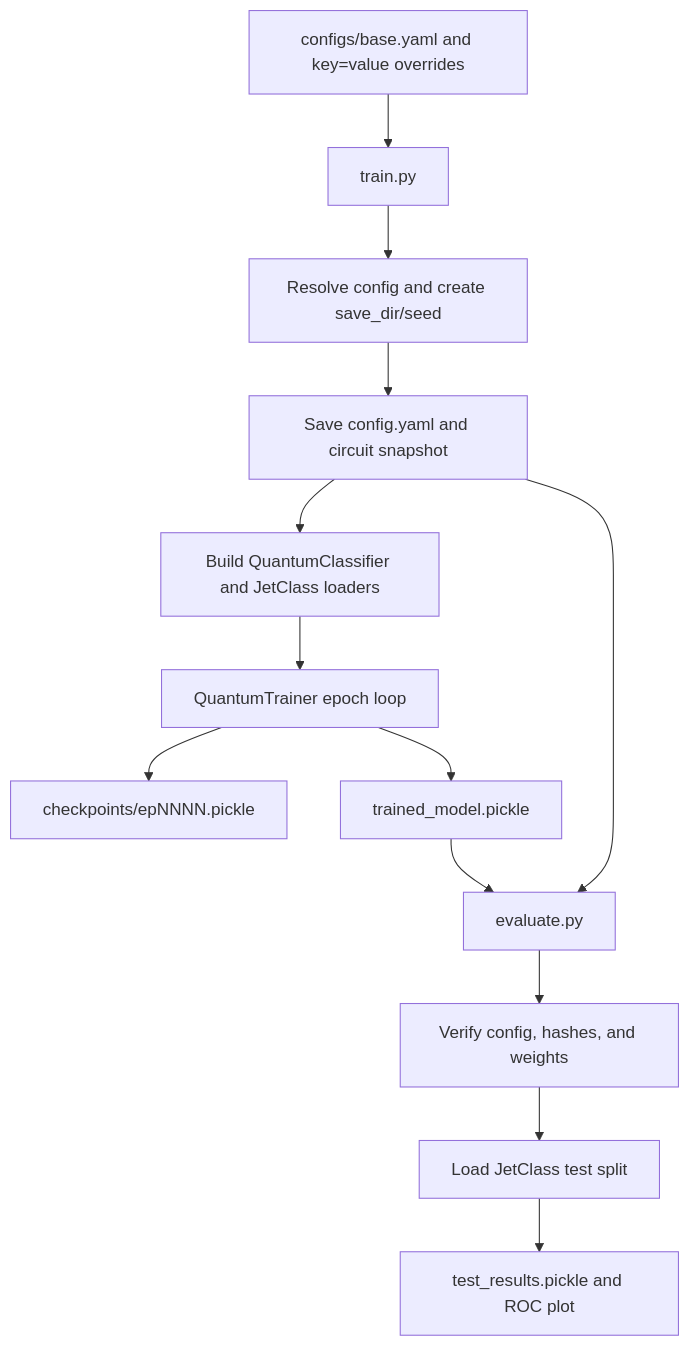
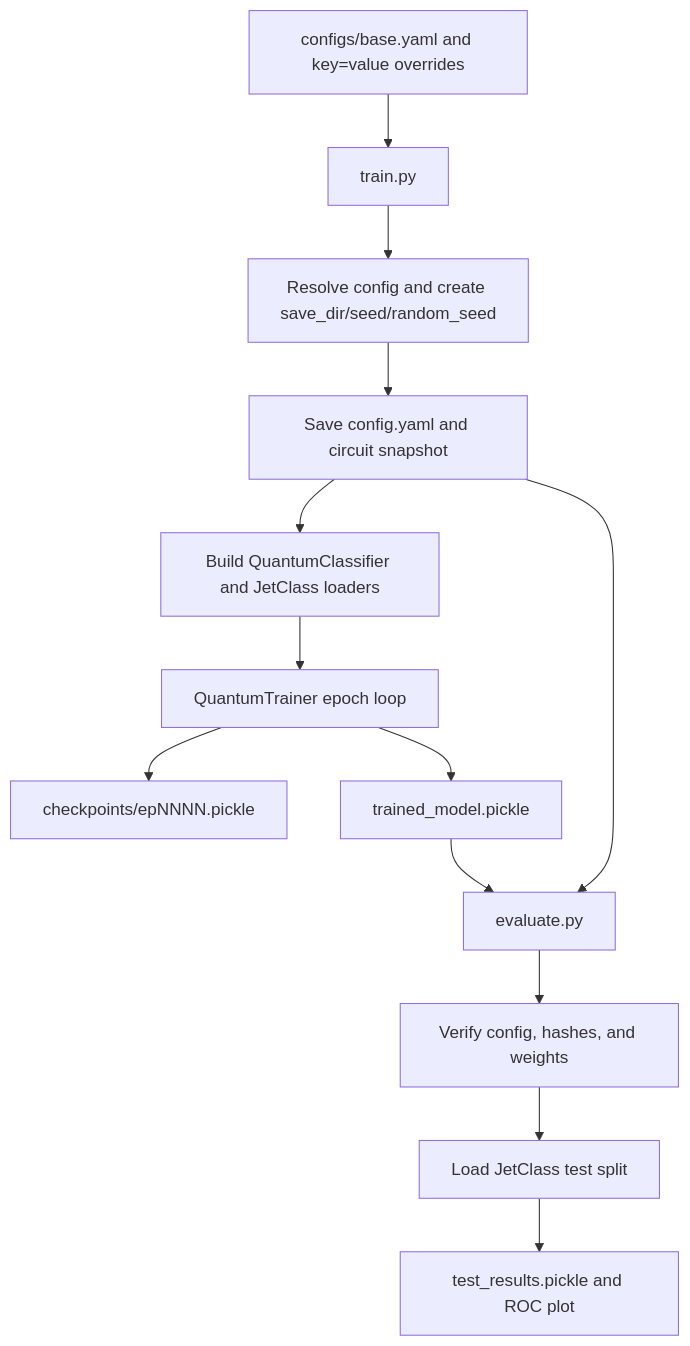
Before and after one commit to neutrino-man4/neo-1p1q: the diagram in llm_summary.MD, drawn with Mermaid. The commit also changed other lines of this file and 14 other files, not shown here.

````diff
--- a/llm_summary.MD
+++ b/llm_summary.MD
@@ -65,15 +67,15 @@
 ```mermaid
 flowchart TD
     A[configs/base.yaml and key=value overrides] --> B[train.py]
-    B --> C[Resolve config and create save_dir/seed]
+    B --> C[Resolve config and create save_dir/seed/random_seed]
     C --> D[Save config.yaml and circuit snapshot]
     D --> E[Build QuantumClassifier and JetClass loaders]
     E --> F[QuantumTrainer epoch loop]
     F --> G[checkpoints/epNNNN.pickle]
     F --> H[trained_model.pickle]
     H --> I[evaluate.py]
     D --> I
     I --> J[Verify config, hashes, and weights]
     J --> K[Load JetClass test split]
     K --> L[test_results.pickle and ROC plot]
 ```
````
